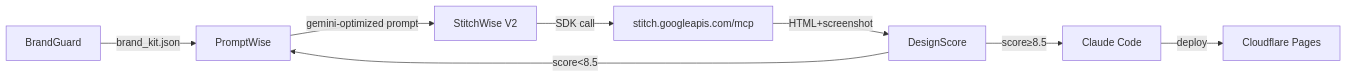
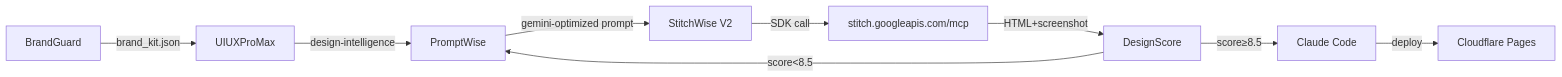
Before and after one commit to breverdbidder/cli-anything-biddeed: the fourth of 7 diagrams in CLAUDE.md, drawn with Mermaid. The commit also changed other lines of this file and 28 other files, not shown here.

First line of the commit message:
feat: install UIUXProMax skill (ADOPT 84.65) + wire into StitchWise V2 pipeline

````diff
--- a/CLAUDE.md
+++ b/CLAUDE.md
@@ -315,10 +315,11 @@
 ```mermaid
 graph LR
-    BG[BrandGuard] -->|brand_kit.json| PW[PromptWise]
+    BG[BrandGuard] -->|brand_kit.json| UM[UIUXProMax]
+    UM -->|design-intelligence| PW[PromptWise]
     PW -->|gemini-optimized prompt| SW[StitchWise V2]
     SW -->|SDK call| API[stitch.googleapis.com/mcp]
     API -->|HTML+screenshot| DS[DesignScore]
     DS -->|score≥8.5| CC[Claude Code]
     DS -->|score<8.5| PW
     CC -->|deploy| CF[Cloudflare Pages]
 ```
````
